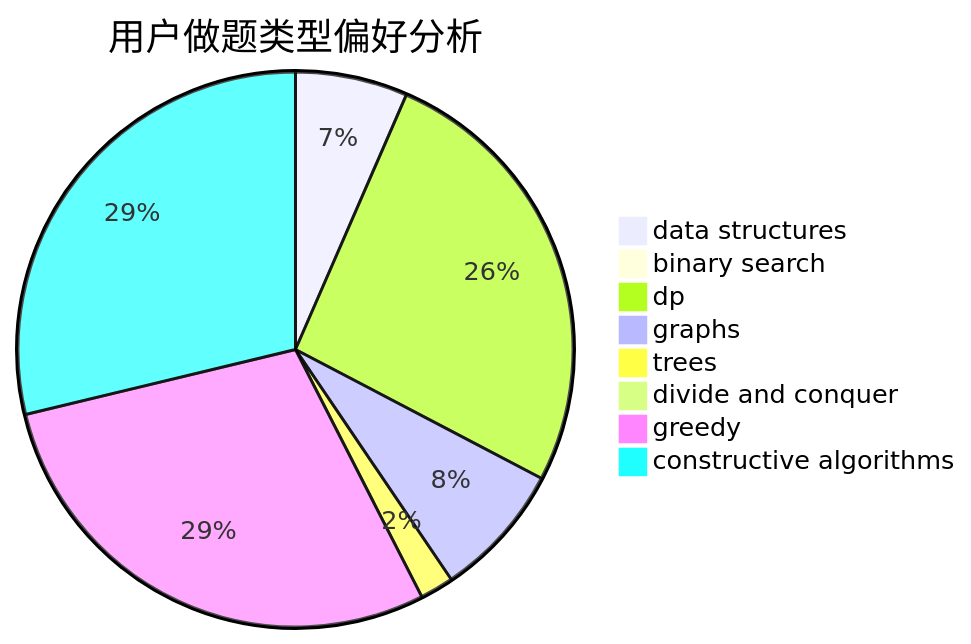
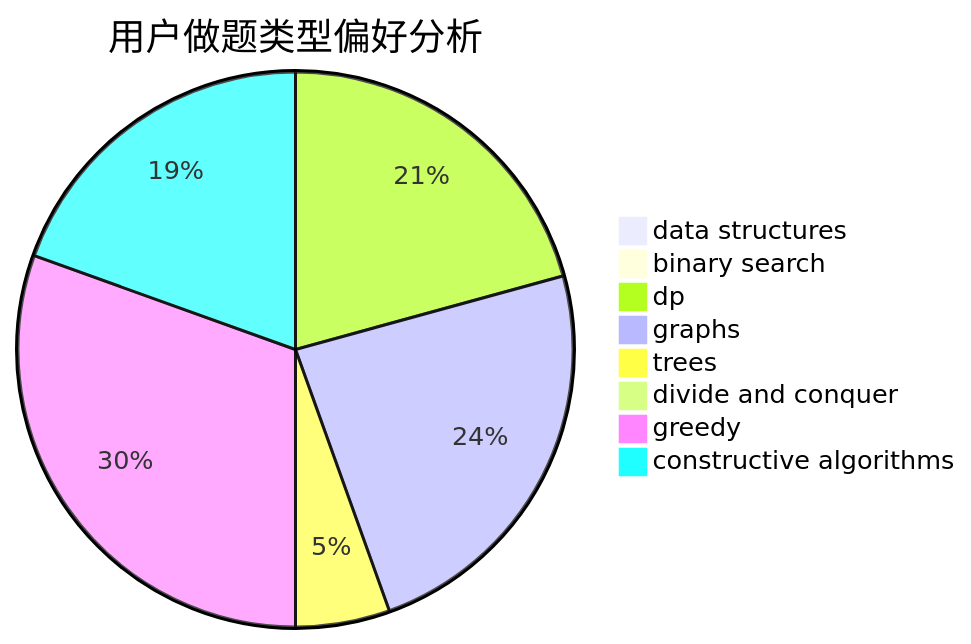
The second of 3 diagrams in docs/user/u945.md (sherpahu/cfrs.github.io), drawn with Mermaid before and after one commit. The commit also changed other lines of this file and 2770 other files, not shown here.

````diff
--- a/docs/user/u945.md
+++ b/docs/user/u945.md
@@ -23,11 +23,11 @@
 ```mermaid
 pie title 用户做题类型偏好分析
-    "data structures" :  10
+    "data structures" :  1
     "binary search" :  0
-    "dp" :  40
-    "graphs" :  12
-    "trees" :  3
+    "dp" :  34
+    "graphs" :  39
+    "trees" :  9
     "divide and conquer" :  0
-    "greedy" :  44
-    "constructive algorithms" :  44
+    "greedy" :  50
+    "constructive algorithms" :  32
 ```
````
